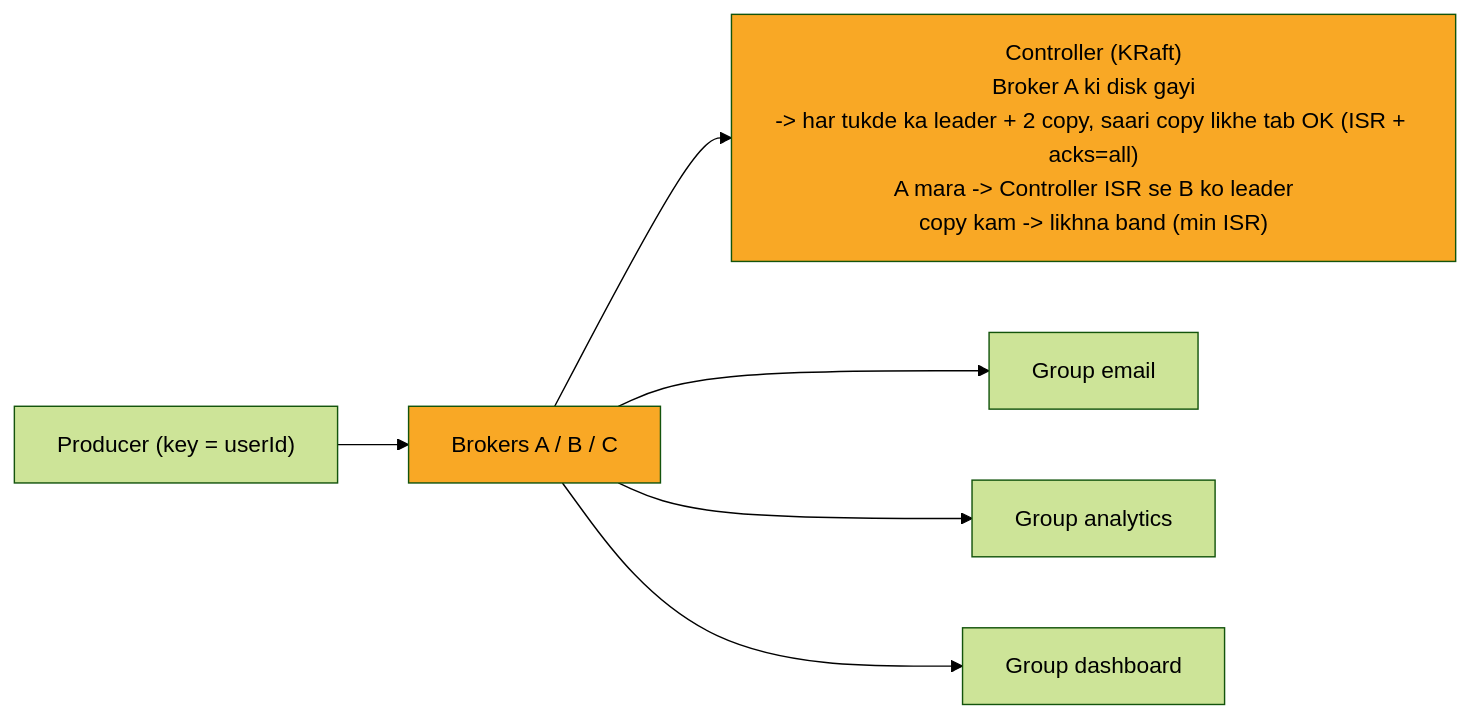
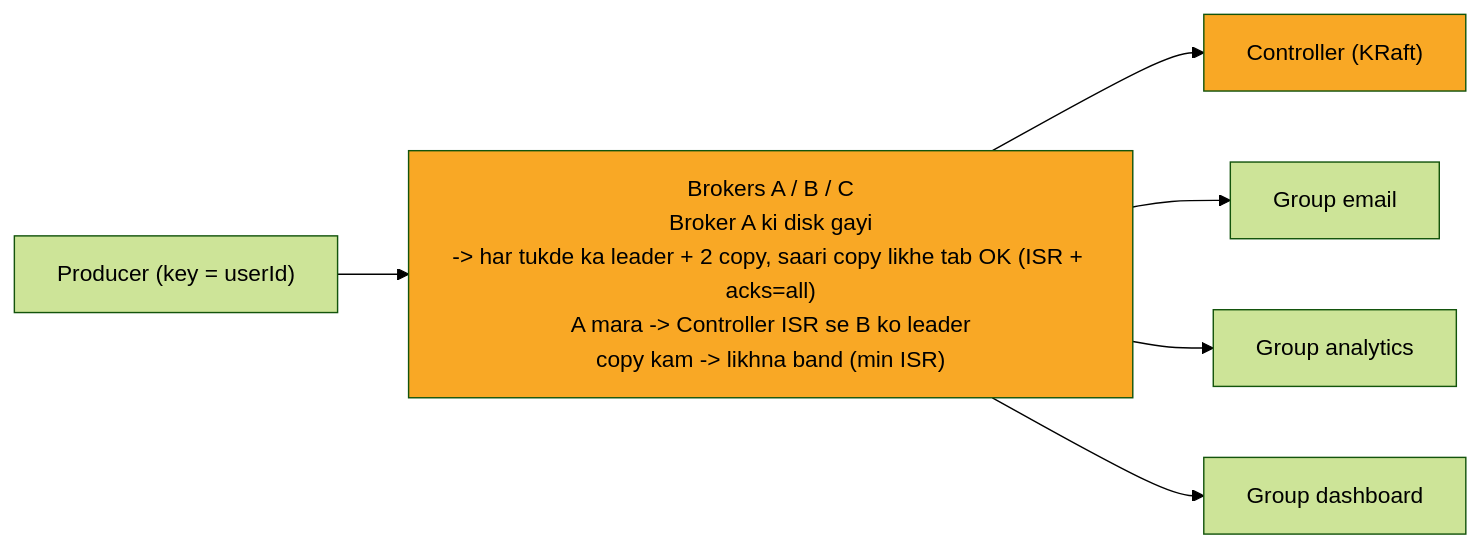
One commit to ArpanMaheshwari144/Prep changed the diagram in 04_HLD/SYSTEM_DESIGNS/12_message_queue_kafka/img/c6.mmd. Above: the diagram before and after it, drawn with Mermaid (forest theme). The commit also changed 4 other files, not shown here.

Commit message:
kafka card 6: ISR wala text Brokers dabbe me, teer seedha neeche; tasveer me label theek

```diff
--- a/04_HLD/SYSTEM_DESIGNS/12_message_queue_kafka/img/c6.mmd
+++ b/04_HLD/SYSTEM_DESIGNS/12_message_queue_kafka/img/c6.mmd
@@ -1,15 +1,15 @@
 %%{init: {"flowchart": {"wrappingWidth": 450}}}%%
 flowchart LR
     n_P["Producer (key = userId)"]
-    n_B["Brokers A / B / C"]
-    n_K["Controller (KRaft)<br/>Broker A ki disk gayi<br/>-> har tukde ka leader + 2 copy, saari copy likhe tab OK (ISR + acks=all)<br/>A mara -> Controller ISR se B ko leader<br/>copy kam -> likhna band (min ISR)"]
+    n_B["Brokers A / B / C<br/>Broker A ki disk gayi<br/>-> har tukde ka leader + 2 copy, saari copy likhe tab OK (ISR + acks=all)<br/>A mara -> Controller ISR se B ko leader<br/>copy kam -> likhna band (min ISR)"]
+    n_K["Controller (KRaft)"]
     n_GE["Group email"]
     n_GA["Group analytics"]
     n_GD["Group dashboard"]
     n_P --> n_B
     n_B --> n_K
     n_B --> n_GE
     n_B --> n_GA
     n_B --> n_GD
     style n_K fill:#f9a825,color:#000
     style n_B fill:#f9a825,color:#000
```
